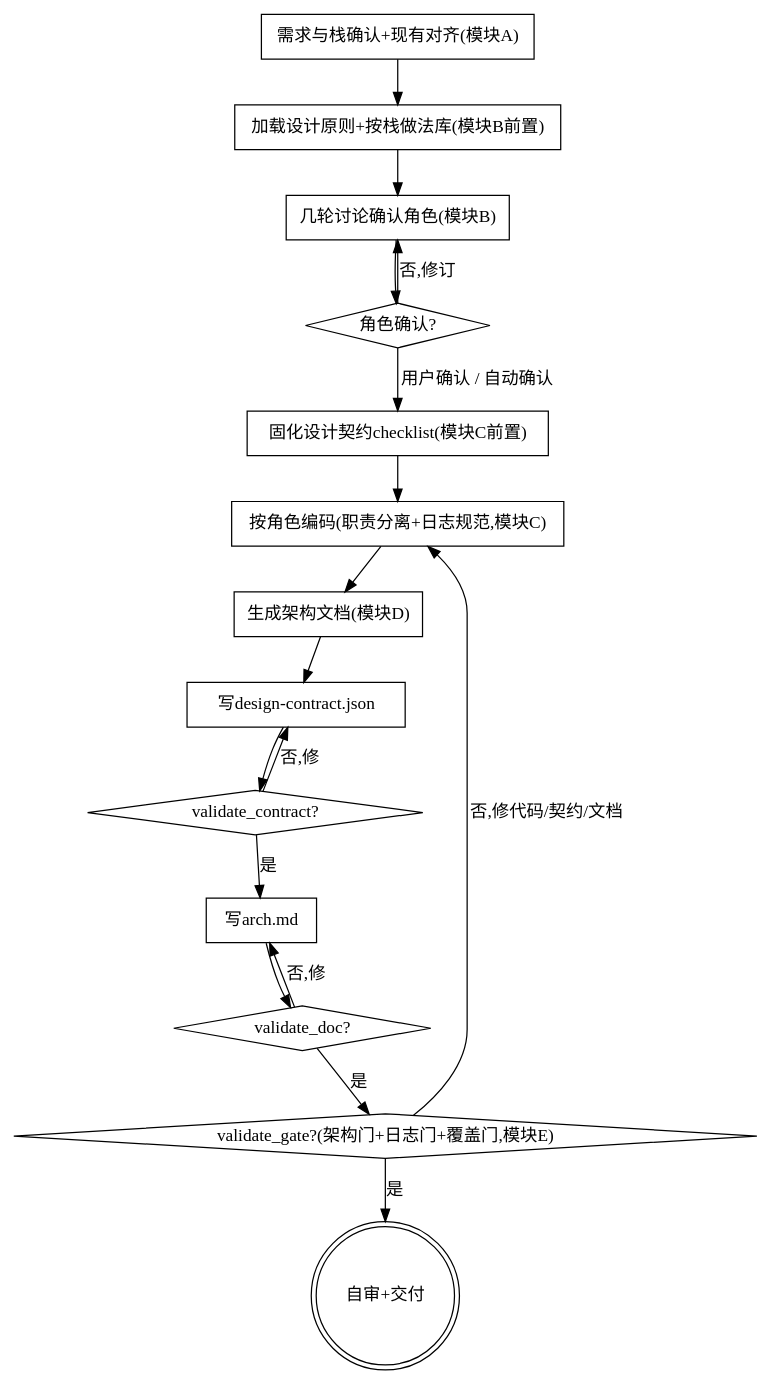
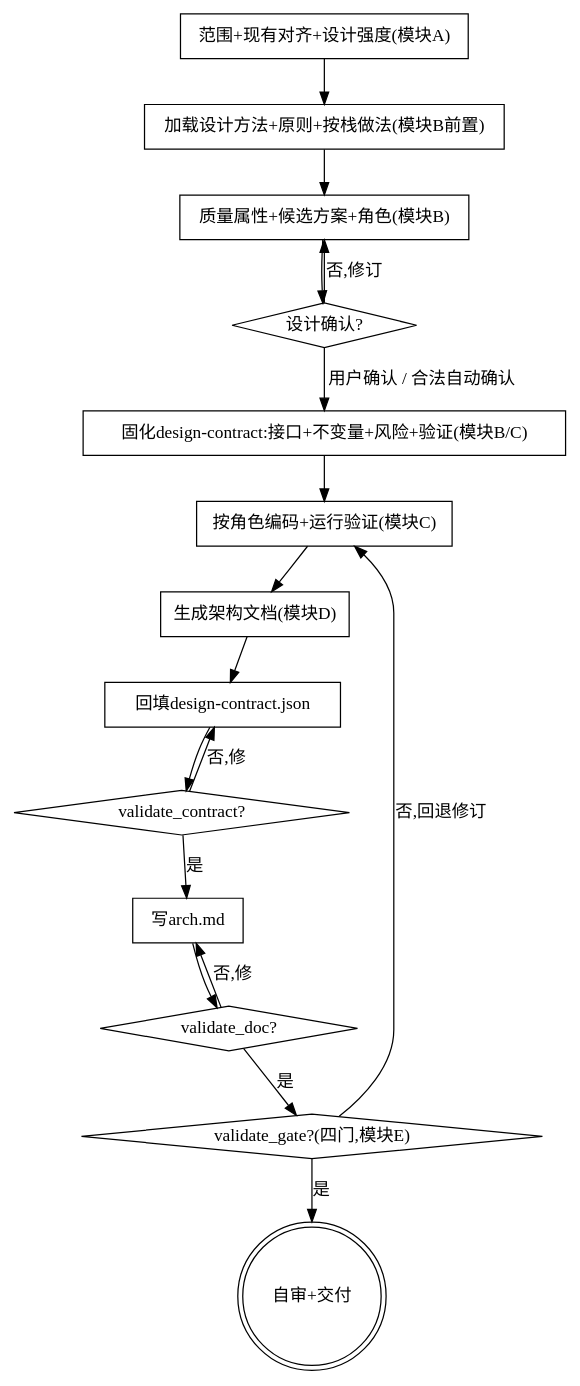
One commit to ironbob/DesignSKills changed the diagram in skills/arch-first-code-gen/SKILL.md. Above: the diagram before and after it, drawn with Graphviz. The commit also changed other lines of this file and 26 other files, not shown here.

Commit message:
feat(arch-first-code-gen): strengthen architecture design workflow

````diff
--- a/skills/arch-first-code-gen/SKILL.md
+++ b/skills/arch-first-code-gen/SKILL.md
@@ -97,35 +100,35 @@
 ```dot
 digraph archfirst {
   rankdir=TB;
-  "需求与栈确认+现有对齐(模块A)" [shape=box];
-  "加载设计原则+按栈做法库(模块B前置)" [shape=box];
-  "几轮讨论确认角色(模块B)" [shape=box];
-  "角色确认?" [shape=diamond];
-  "固化设计契约checklist(模块C前置)" [shape=box];
-  "按角色编码(职责分离+日志规范,模块C)" [shape=box];
+  "范围+现有对齐+设计强度(模块A)" [shape=box];
+  "加载设计方法+原则+按栈做法(模块B前置)" [shape=box];
+  "质量属性+候选方案+角色(模块B)" [shape=box];
+  "设计确认?" [shape=diamond];
+  "固化design-contract:接口+不变量+风险+验证(模块B/C)" [shape=box];
+  "按角色编码+运行验证(模块C)" [shape=box];
   "生成架构文档(模块D)" [shape=box];
-  "写design-contract.json" [shape=box];
+  "回填design-contract.json" [shape=box];
   "validate_contract?" [shape=diamond];
   "写arch.md" [shape=box];
   "validate_doc?" [shape=diamond];
-  "validate_gate?(架构门+日志门+覆盖门,模块E)" [shape=diamond];
+  "validate_gate?(四门,模块E)" [shape=diamond];
   "自审+交付" [shape=doublecircle];
 
-  "需求与栈确认+现有对齐(模块A)" -> "加载设计原则+按栈做法库(模块B前置)";
-  "加载设计原则+按栈做法库(模块B前置)" -> "几轮讨论确认角色(模块B)";
-  "几轮讨论确认角色(模块B)" -> "角色确认?";
-  "角色确认?" -> "几轮讨论确认角色(模块B)" [label="否,修订"];
-  "角色确认?" -> "固化设计契约checklist(模块C前置)" [label="用户确认 / 自动确认"];
-  "固化设计契约checklist(模块C前置)" -> "按角色编码(职责分离+日志规范,模块C)";
-  "按角色编码(职责分离+日志规范,模块C)" -> "生成架构文档(模块D)";
-  "生成架构文档(模块D)" -> "写design-contract.json";
-  "写design-contract.json" -> "validate_contract?";
-  "validate_contract?" -> "写design-contract.json" [label="否,修"];
+  "范围+现有对齐+设计强度(模块A)" -> "加载设计方法+原则+按栈做法(模块B前置)";
+  "加载设计方法+原则+按栈做法(模块B前置)" -> "质量属性+候选方案+角色(模块B)";
+  "质量属性+候选方案+角色(模块B)" -> "设计确认?";
+  "设计确认?" -> "质量属性+候选方案+角色(模块B)" [label="否,修订"];
+  "设计确认?" -> "固化design-contract:接口+不变量+风险+验证(模块B/C)" [label="用户确认 / 合法自动确认"];
+  "固化design-contract:接口+不变量+风险+验证(模块B/C)" -> "按角色编码+运行验证(模块C)";
+  "按角色编码+运行验证(模块C)" -> "生成架构文档(模块D)";
+  "生成架构文档(模块D)" -> "回填design-contract.json";
+  "回填design-contract.json" -> "validate_contract?";
+  "validate_contract?" -> "回填design-contract.json" [label="否,修"];
   "validate_contract?" -> "写arch.md" [label="是"];
   "写arch.md" -> "validate_doc?";
   "validate_doc?" -> "写arch.md" [label="否,修"];
-  "validate_doc?" -> "validate_gate?(架构门+日志门+覆盖门,模块E)" [label="是"];
-  "validate_gate?(架构门+日志门+覆盖门,模块E)" -> "按角色编码(职责分离+日志规范,模块C)" [label="否,修代码/契约/文档"];
-  "validate_gate?(架构门+日志门+覆盖门,模块E)" -> "自审+交付" [label="是"];
+  "validate_doc?" -> "validate_gate?(四门,模块E)" [label="是"];
+  "validate_gate?(四门,模块E)" -> "按角色编码+运行验证(模块C)" [label="否,回退修订"];
+  "validate_gate?(四门,模块E)" -> "自审+交付" [label="是"];
 }
 ```
````
